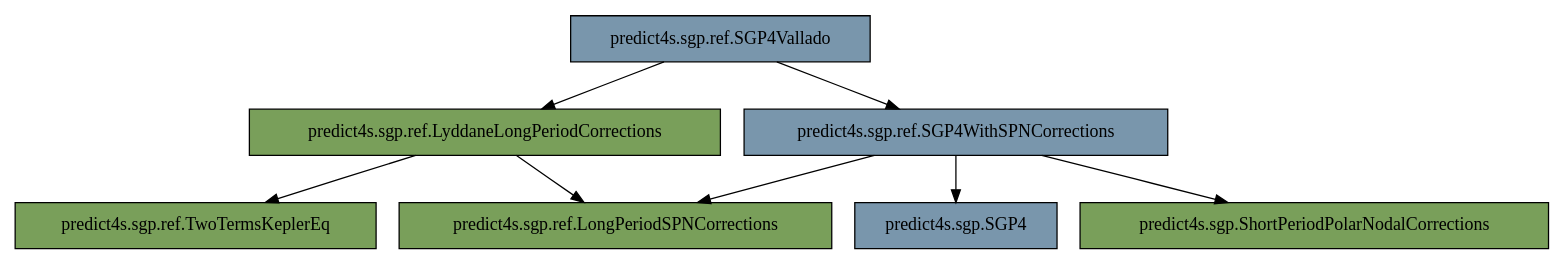
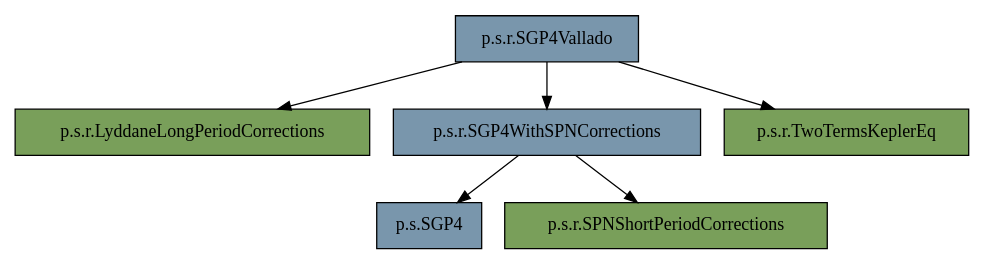
The diagram in doc/graphviz/vallado.dot (pleira/SGP4Extensions), drawn with Graphviz before and after one commit. The commit also changed other lines of this file and 4 other files, not shown here.

```diff
--- a/doc/graphviz/vallado.dot
+++ b/doc/graphviz/vallado.dot
@@ -1,23 +1,20 @@
 digraph "diagram" {
 
 node  [shape="record", style="filled"]
 
 edge  [arrowtail="none"]
 
-"predict4s.sgp.SGP4" [fillcolor="#7996AC"]
-"predict4s.sgp.ShortPeriodPolarNodalCorrections" [fillcolor="#799F5A"]
-"predict4s.sgp.ref.LongPeriodSPNCorrections" [fillcolor="#799F5A"]
-"predict4s.sgp.ref.LyddaneLongPeriodCorrections" [fillcolor="#799F5A"]
-"predict4s.sgp.ref.SGP4Vallado" [fillcolor="#7996AC"]
-"predict4s.sgp.ref.SGP4WithSPNCorrections" [fillcolor="#7996AC"]
-"predict4s.sgp.ref.TwoTermsKeplerEq" [fillcolor="#799F5A"]
+"p.s.SGP4" [fillcolor="#7996AC"]
+"p.s.r.LyddaneLongPeriodCorrections" [fillcolor="#799F5A"]
+"p.s.r.SGP4Vallado" [fillcolor="#7996AC"]
+"p.s.r.SGP4WithSPNCorrections" [fillcolor="#7996AC"]
+"p.s.r.SPNShortPeriodCorrections" [fillcolor="#799F5A"]
+"p.s.r.TwoTermsKeplerEq" [fillcolor="#799F5A"]
 
-"predict4s.sgp.ref.LyddaneLongPeriodCorrections" -> "predict4s.sgp.ref.LongPeriodSPNCorrections"
-"predict4s.sgp.ref.LyddaneLongPeriodCorrections" -> "predict4s.sgp.ref.TwoTermsKeplerEq"
-"predict4s.sgp.ref.SGP4WithSPNCorrections" -> "predict4s.sgp.SGP4"
-"predict4s.sgp.ref.SGP4WithSPNCorrections" -> "predict4s.sgp.ref.LongPeriodSPNCorrections"
-"predict4s.sgp.ref.SGP4WithSPNCorrections" -> "predict4s.sgp.ShortPeriodPolarNodalCorrections"
-"predict4s.sgp.ref.SGP4Vallado" -> "predict4s.sgp.ref.SGP4WithSPNCorrections"
-"predict4s.sgp.ref.SGP4Vallado" -> "predict4s.sgp.ref.LyddaneLongPeriodCorrections"
+"p.s.r.SGP4WithSPNCorrections" -> "p.s.SGP4"
+"p.s.r.SGP4WithSPNCorrections" -> "p.s.r.SPNShortPeriodCorrections"
+"p.s.r.SGP4Vallado" -> "p.s.r.SGP4WithSPNCorrections"
+"p.s.r.SGP4Vallado" -> "p.s.r.LyddaneLongPeriodCorrections"
+"p.s.r.SGP4Vallado" -> "p.s.r.TwoTermsKeplerEq"
 
 }
```
